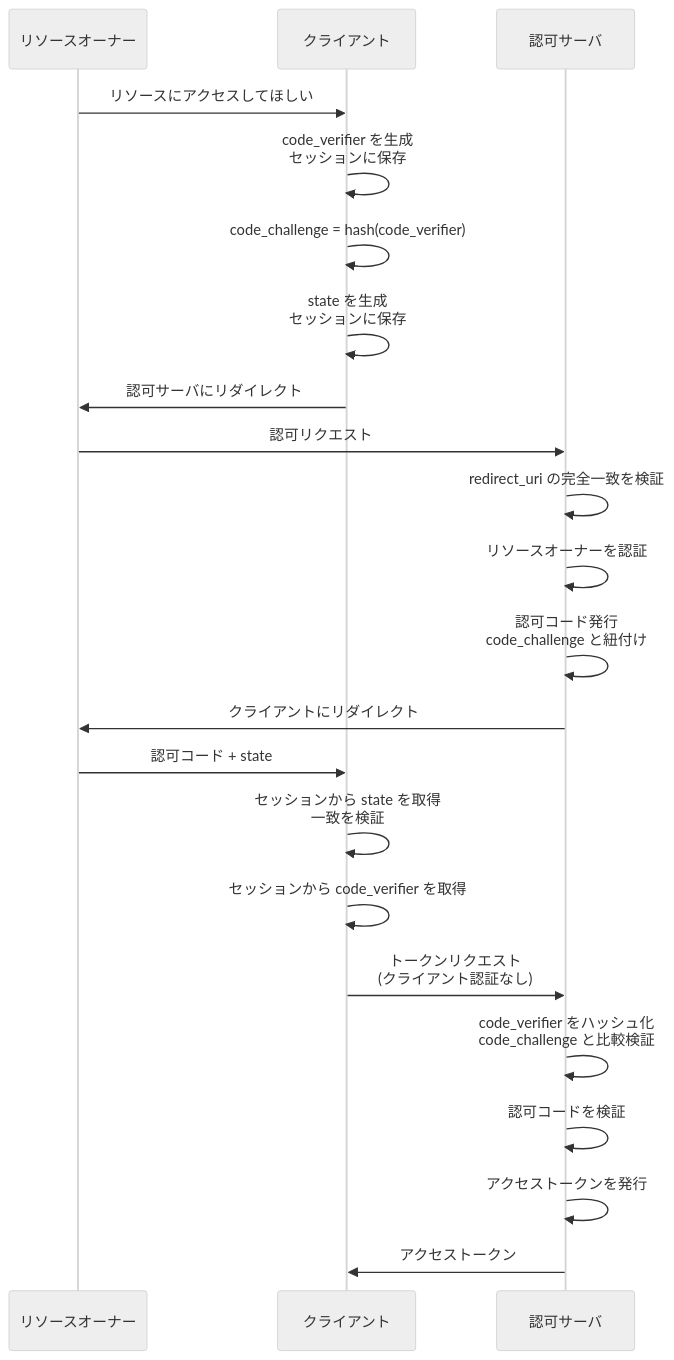
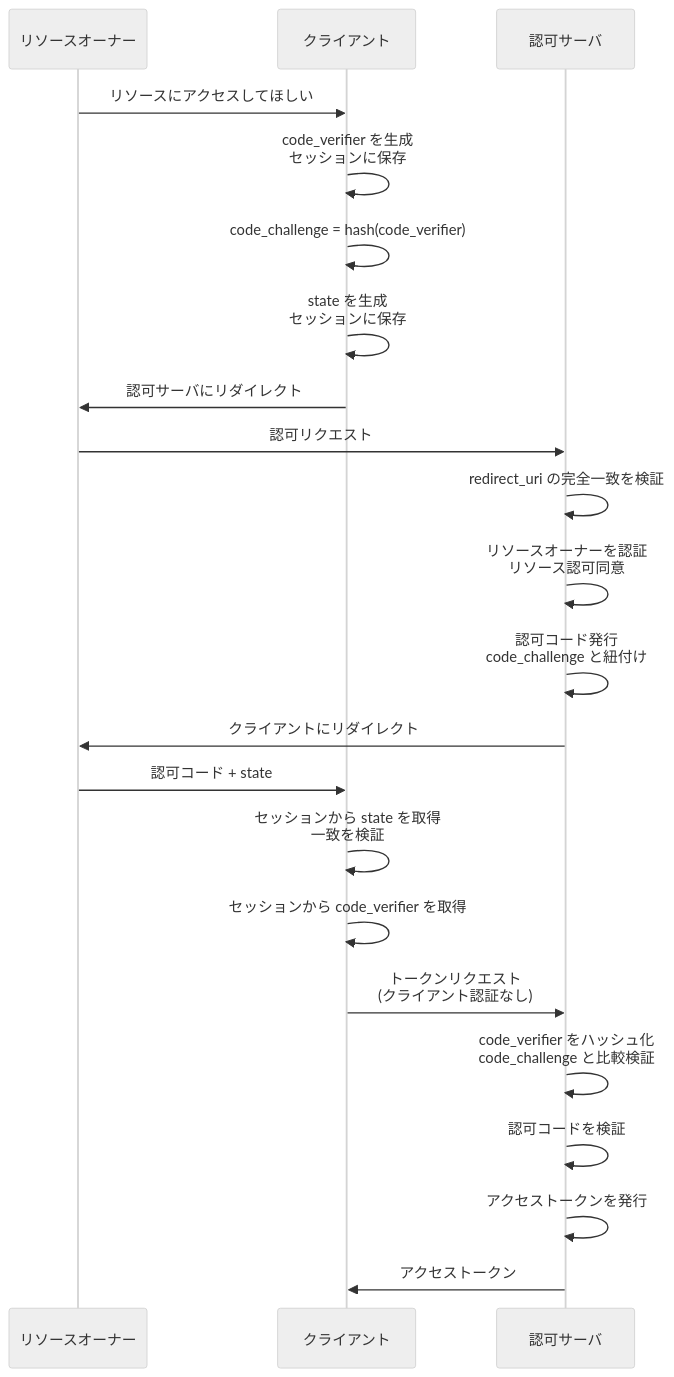
The diagram in books/sikkari-oauth-oidc/18-complete-flow-public.md (calloc134/zenn-dir), drawn with Mermaid (neutral theme) before and after one commit. The commit also changed 3 other files, not shown here.

````diff
--- a/books/sikkari-oauth-oidc/18-complete-flow-public.md
+++ b/books/sikkari-oauth-oidc/18-complete-flow-public.md
@@ -23,25 +23,25 @@
 ```mermaid
 sequenceDiagram
     participant RO as リソースオーナー
     participant C as クライアント
     participant AS as 認可サーバ
 
     RO->>C: リソースにアクセスしてほしい
     C->>C: code_verifier を生成<br>セッションに保存
     C->>C: code_challenge = hash(code_verifier)
     C->>C: state を生成<br>セッションに保存
     C->>RO: 認可サーバにリダイレクト
     RO->>AS: 認可リクエスト
     AS->>AS: redirect_uri の完全一致を検証
-    AS->>AS: リソースオーナーを認証
+    AS->>AS: リソースオーナーを認証<br>リソース認可同意
     AS->>AS: 認可コード発行<br>code_challenge と紐付け
     AS->>RO: クライアントにリダイレクト
     RO->>C: 認可コード + state
     C->>C: セッションから state を取得<br>一致を検証
     C->>C: セッションから code_verifier を取得
     C->>AS: トークンリクエスト<br>(クライアント認証なし)
     AS->>AS: code_verifier をハッシュ化<br>code_challenge と比較検証
     AS->>AS: 認可コードを検証
     AS->>AS: アクセストークンを発行
     AS->>C: アクセストークン
 ```
````
